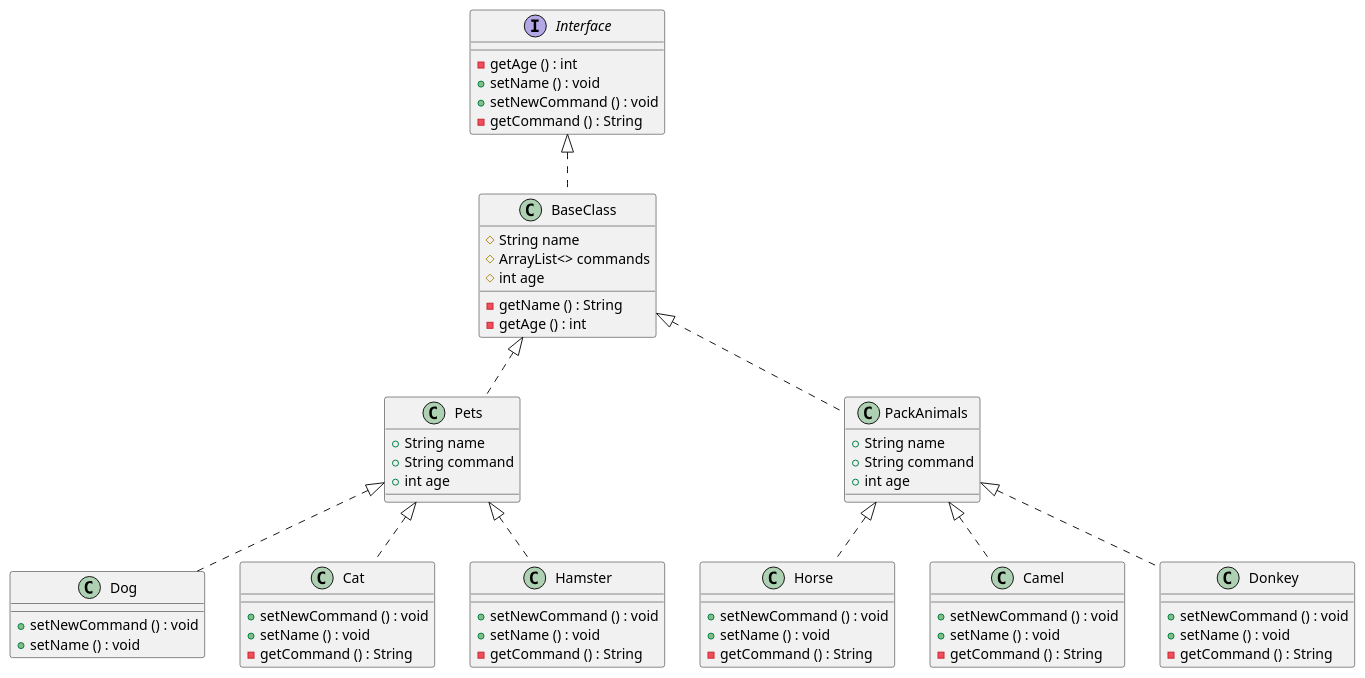
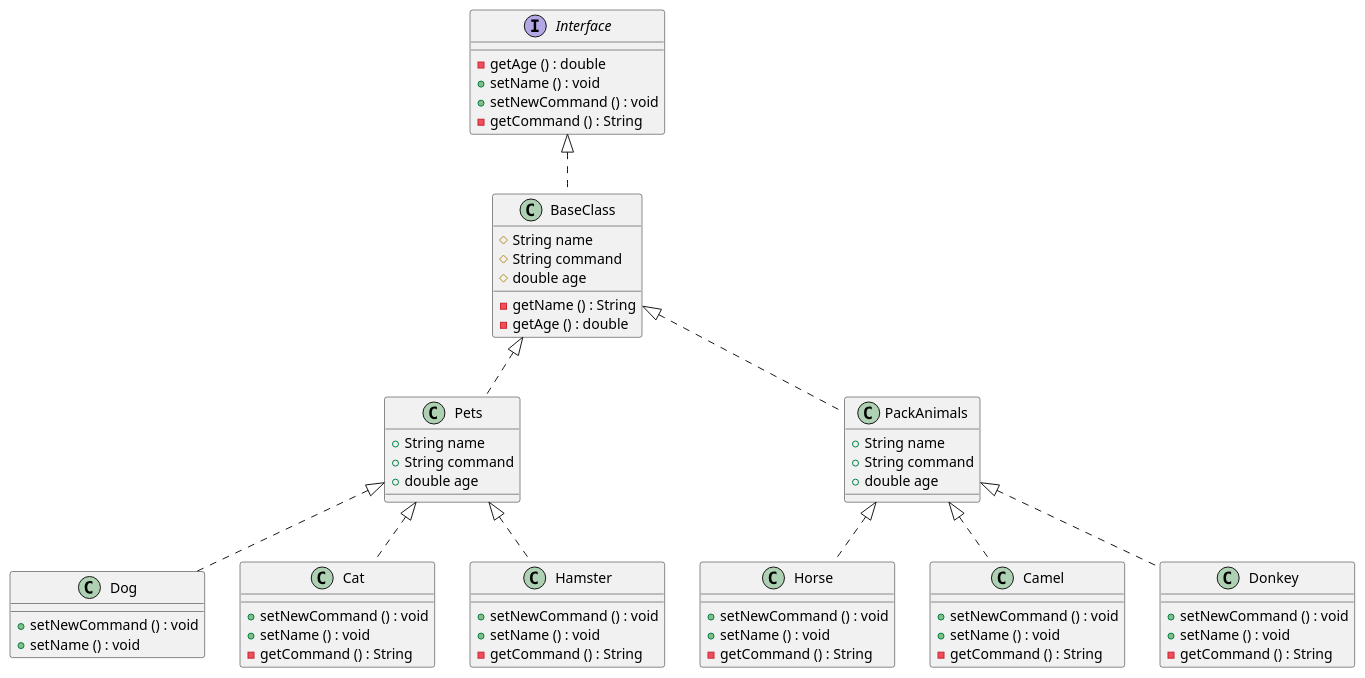
Before and after one commit to Pythoncheg/FinalControlWork: the diagram in Diagrams/Example_6.puml, drawn with PlantUML.

Commit message:
подредактировал диаграмму

```diff
--- a/Diagrams/Example_6.puml
+++ b/Diagrams/Example_6.puml
@@ -1,63 +1,63 @@
 @startuml
 class BaseClass {
 #String name
-#ArrayList<> commands
-#int age
+#String command
+#double age
 -getName () : String
--getAge () : int
+-getAge () : double
 }
 interface Interface {
--getAge () : int
+-getAge () : double
 +setName () : void
 +setNewCommand () : void
 -getCommand () : String
 }
 Interface <|.. BaseClass
 class Pets {
 +String name
 +String command
-+int age
++double age
 }
 BaseClass <|.. Pets
 class PackAnimals {
 +String name
 +String command
-+int age
++double age
 }
 BaseClass <|.. PackAnimals
 class Dog {
 +setNewCommand () : void
 +setName () : void
 }
 Pets <|.. Dog
 class Cat {
 +setNewCommand () : void
 +setName () : void
 -getCommand () : String
 }
 Pets <|.. Cat
 class Hamster {
 +setNewCommand () : void
 +setName () : void
 -getCommand () : String
 }
 Pets <|.. Hamster
 class Horse {
 +setNewCommand () : void
 +setName () : void
 -getCommand () : String
 }
 PackAnimals <|.. Horse
 class Camel {
 +setNewCommand () : void
 +setName () : void
 -getCommand () : String
 }
 PackAnimals <|.. Camel
 class Donkey {
 +setNewCommand () : void
 +setName () : void
 -getCommand () : String
 }
 PackAnimals <|.. Donkey
 @enduml
```
